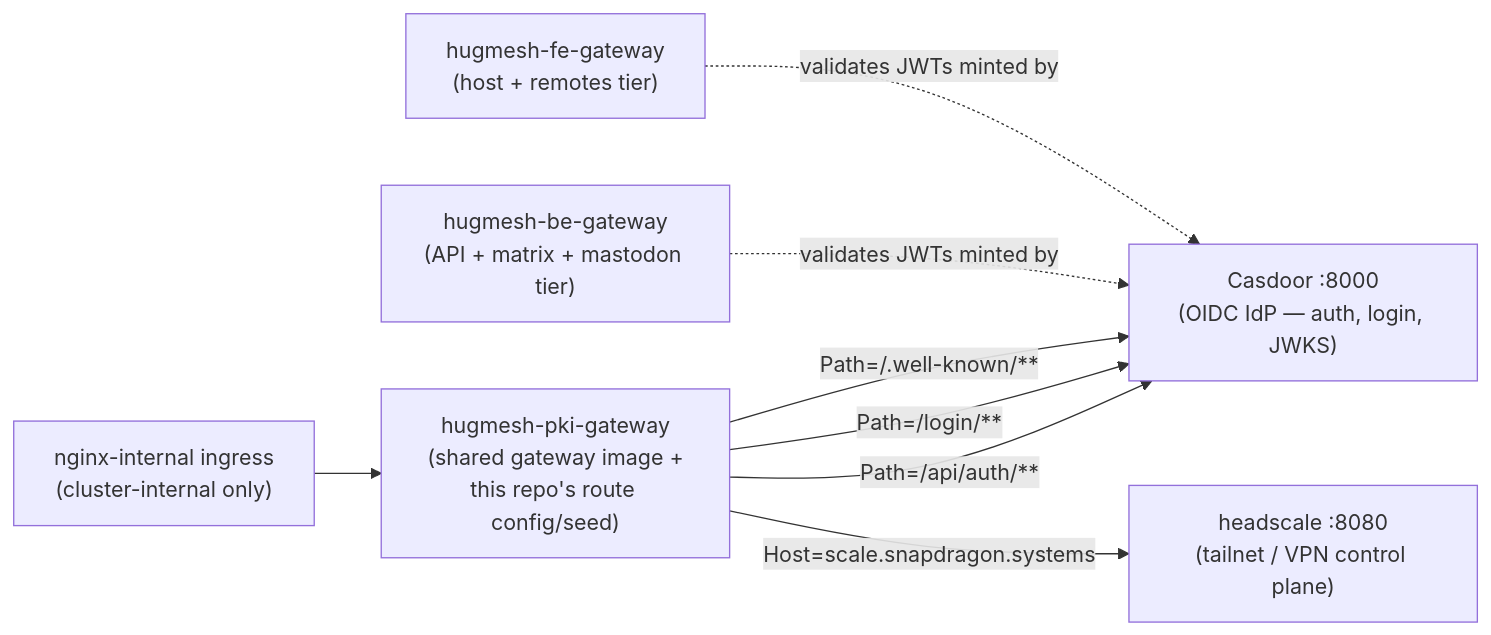
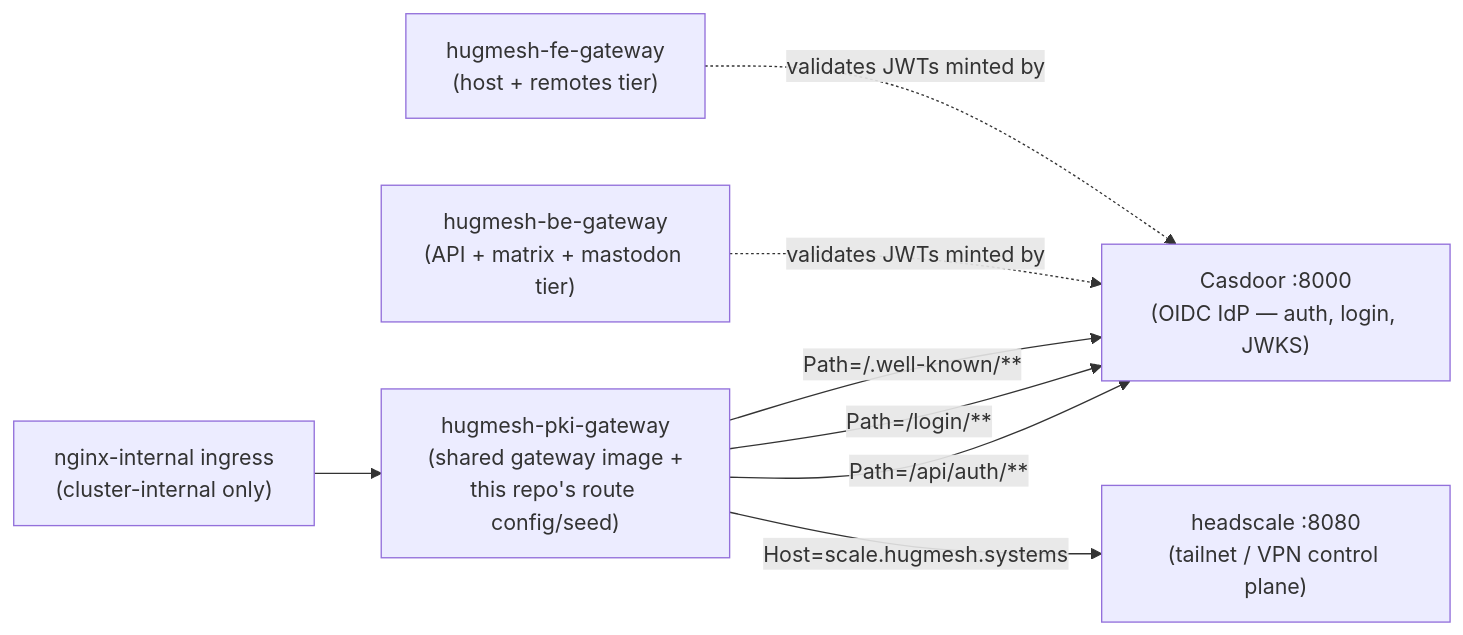
Before and after one commit to hugmesh/hugmesh-pki-gateway: the diagram in README.md, drawn with Mermaid. The commit also changed other lines of this file and 2 other files, not shown here.

````diff
--- a/README.md
+++ b/README.md
@@ -41,10 +42,10 @@
 ```mermaid
 flowchart LR
     ingress["nginx-internal ingress<br/>(cluster-internal only)"] --> gw["hugmesh-pki-gateway<br/>(shared gateway image +<br/>this repo's route config/seed)"]
     gw -->|Path=/api/auth/**| casdoor["Casdoor :8000<br/>(OIDC IdP — auth, login, JWKS)"]
     gw -->|Path=/login/**| casdoor
     gw -->|Path=/.well-known/**| casdoor
-    gw -->|Host=scale.snapdragon.systems| headscale["headscale :8080<br/>(tailnet / VPN control plane)"]
+    gw -->|Host=scale.hugmesh.systems| headscale["headscale :8080<br/>(tailnet / VPN control plane)"]
     beGw["hugmesh-be-gateway<br/>(API + matrix + mastodon tier)"] -.->|validates JWTs minted by| casdoor
     feGw["hugmesh-fe-gateway<br/>(host + remotes tier)"] -.->|validates JWTs minted by| casdoor
 ```
````
